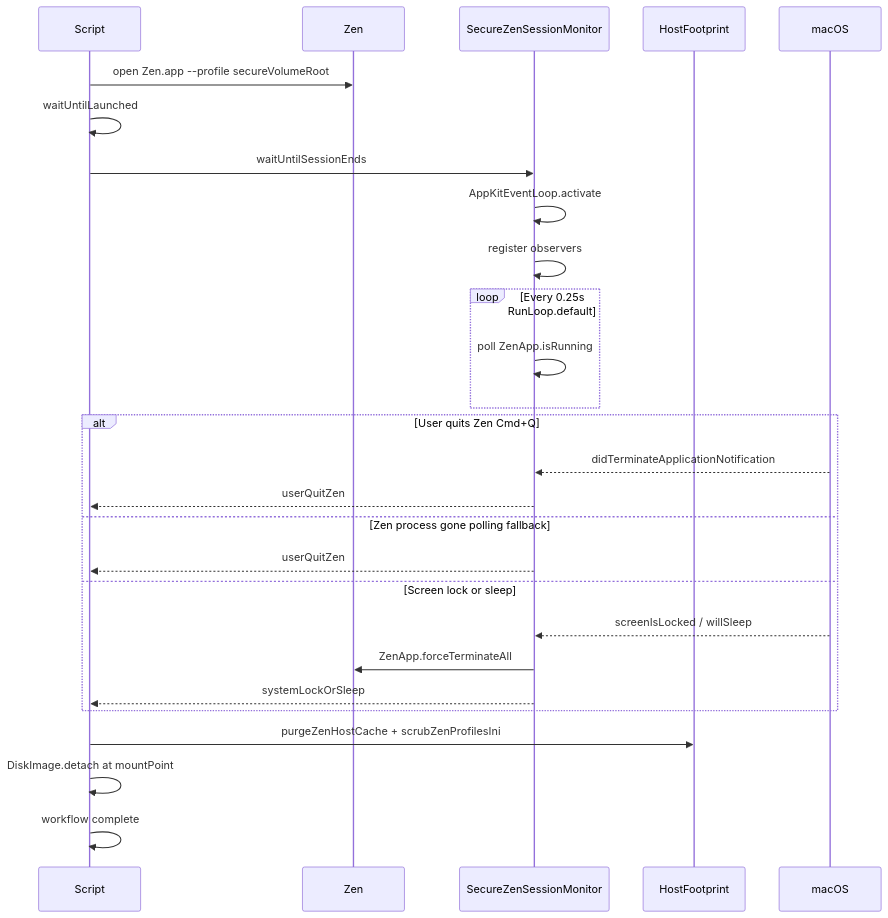
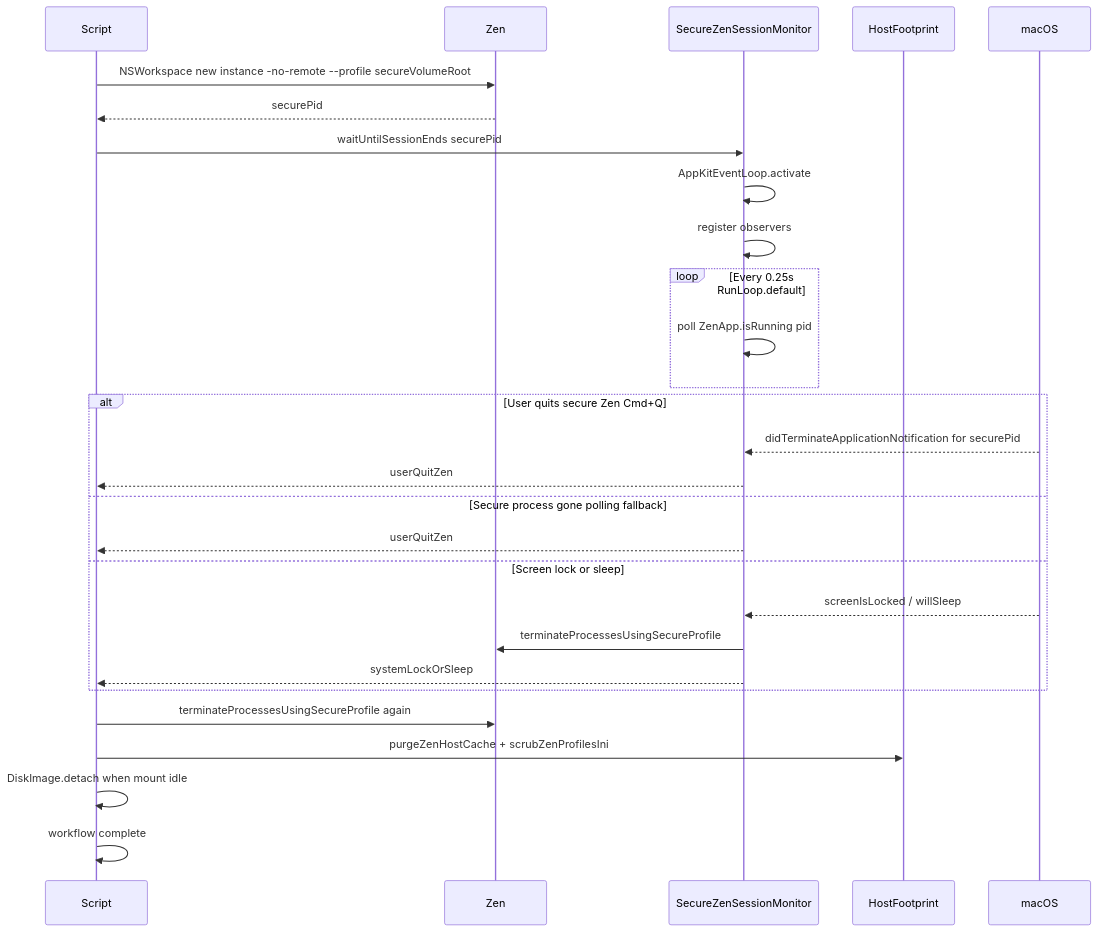
One commit to Johann-Goncalves-Pereira/Raycast changed the third of 6 diagrams in პროფილი/README.md. Above: the diagram before and after it, drawn with Mermaid. The commit also changed other lines of this file, not shown here.

````diff
--- a/პროფილი/README.md
+++ b/პროფილი/README.md
@@ -99,33 +99,34 @@
 ```mermaid
 sequenceDiagram
     participant Script
     participant Zen
     participant Monitor as SecureZenSessionMonitor
     participant Footprint as HostFootprint
     participant macOS
 
-    Script->>Zen: open Zen.app --profile secureVolumeRoot
-    Script->>Script: waitUntilLaunched
-    Script->>Monitor: waitUntilSessionEnds
+    Script->>Zen: NSWorkspace new instance -no-remote --profile secureVolumeRoot
+    Zen-->>Script: securePid
+    Script->>Monitor: waitUntilSessionEnds securePid
     Monitor->>Monitor: AppKitEventLoop.activate
     Monitor->>Monitor: register observers
 
     loop Every 0.25s RunLoop.default
-        Monitor->>Monitor: poll ZenApp.isRunning
+        Monitor->>Monitor: poll ZenApp.isRunning pid
     end
 
-    alt User quits Zen Cmd+Q
-        macOS-->>Monitor: didTerminateApplicationNotification
+    alt User quits secure Zen Cmd+Q
+        macOS-->>Monitor: didTerminateApplicationNotification for securePid
         Monitor-->>Script: userQuitZen
-    else Zen process gone polling fallback
+    else Secure process gone polling fallback
         Monitor-->>Script: userQuitZen
     else Screen lock or sleep
         macOS-->>Monitor: screenIsLocked / willSleep
-        Monitor->>Zen: ZenApp.forceTerminateAll
+        Monitor->>Zen: terminateProcessesUsingSecureProfile
         Monitor-->>Script: systemLockOrSleep
     end
 
+    Script->>Zen: terminateProcessesUsingSecureProfile again
     Script->>Footprint: purgeZenHostCache + scrubZenProfilesIni
-    Script->>Script: DiskImage.detach at mountPoint
+    Script->>Script: DiskImage.detach when mount idle
     Script->>Script: workflow complete
 ```
````
